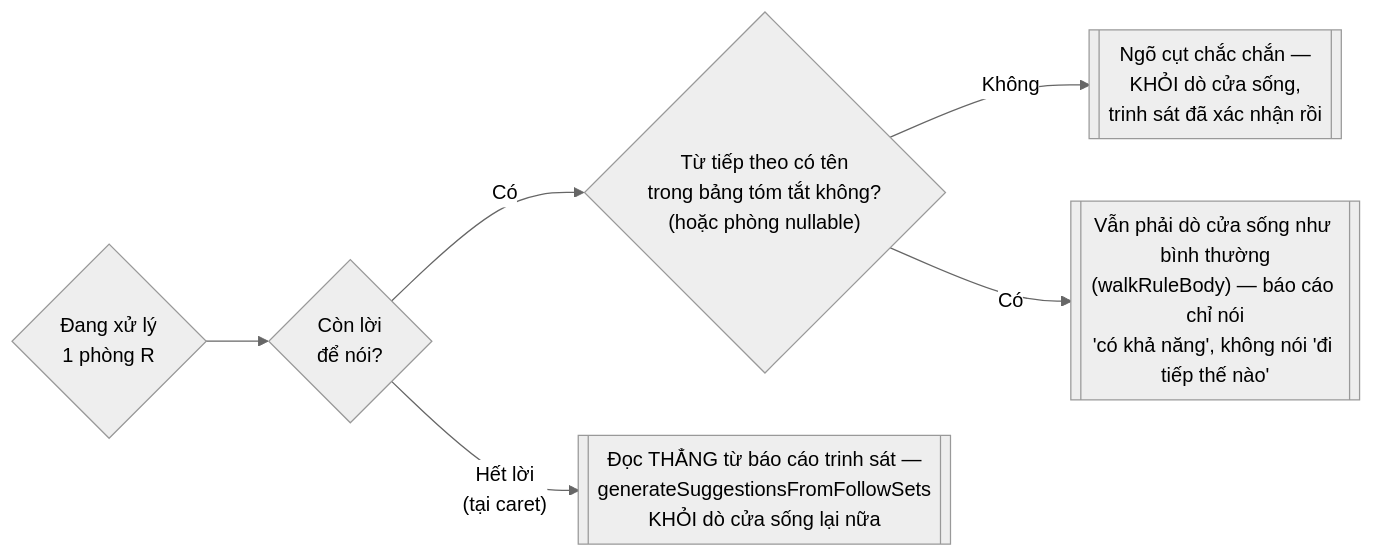
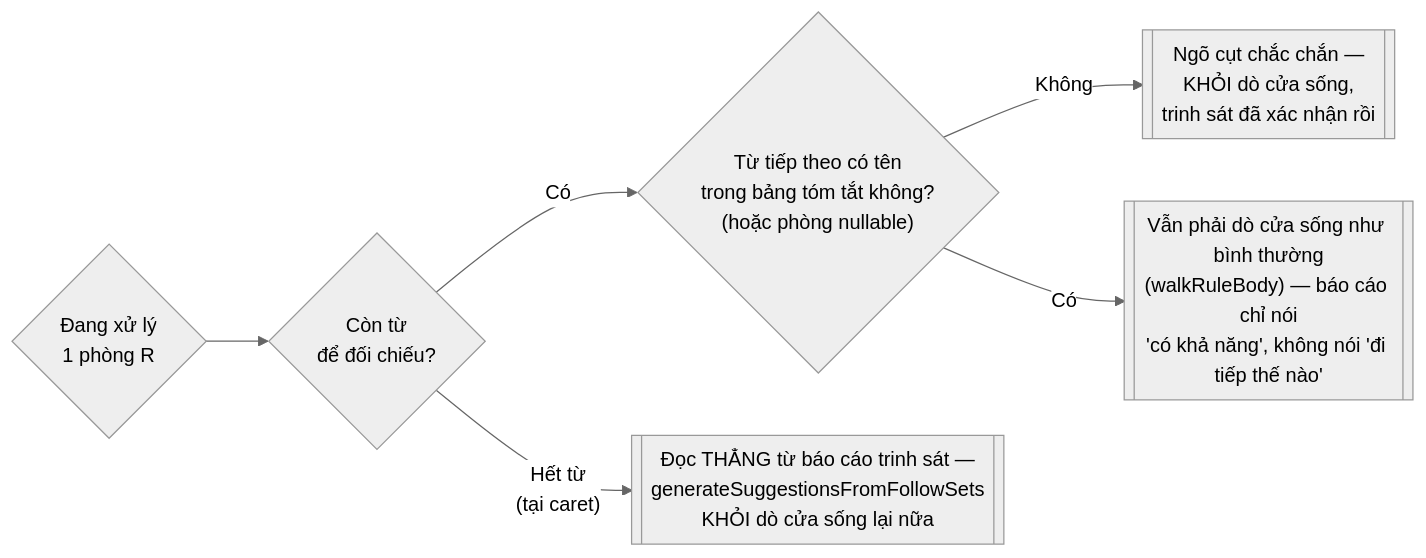
One commit to namnv98/naviq changed the sixth of 9 diagrams in flow.md. Above: the diagram before and after it, drawn with Mermaid (neutral theme). The commit also changed other lines of this file and 3 other files, not shown here.

````diff
--- a/flow.md
+++ b/flow.md
@@ -269,8 +307,8 @@
 ```mermaid
 flowchart LR
-    Q{Đang xử lý<br/>1 phòng R} --> Q1{Còn lời<br/>để nói?}
+    Q{Đang xử lý<br/>1 phòng R} --> Q1{Còn từ<br/>để đối chiếu?}
     Q1 -->|" Có "| CHECK{"Từ tiếp theo có tên<br/>trong bảng tóm tắt không?<br/>(hoặc phòng nullable)"}
     CHECK -->|Không| SKIP[["Ngõ cụt chắc chắn —<br/>KHỎI dò cửa sống,<br/>trinh sát đã xác nhận rồi"]]
     CHECK -->|Có| WALK[["Vẫn phải dò cửa sống như bình thường<br/>(walkRuleBody) — báo cáo chỉ nói<br/>'có khả năng', không nói 'đi tiếp thế nào'"]]
-    Q1 -->|" Hết lời<br/>(tại caret) "| READ[["Đọc THẲNG từ báo cáo trinh sát —<br/>generateSuggestionsFromFollowSets<br/>KHỎI dò cửa sống lại nữa"]]
+    Q1 -->|" Hết từ<br/>(tại caret) "| READ[["Đọc THẲNG từ báo cáo trinh sát —<br/>generateSuggestionsFromFollowSets<br/>KHỎI dò cửa sống lại nữa"]]
 ```
````
